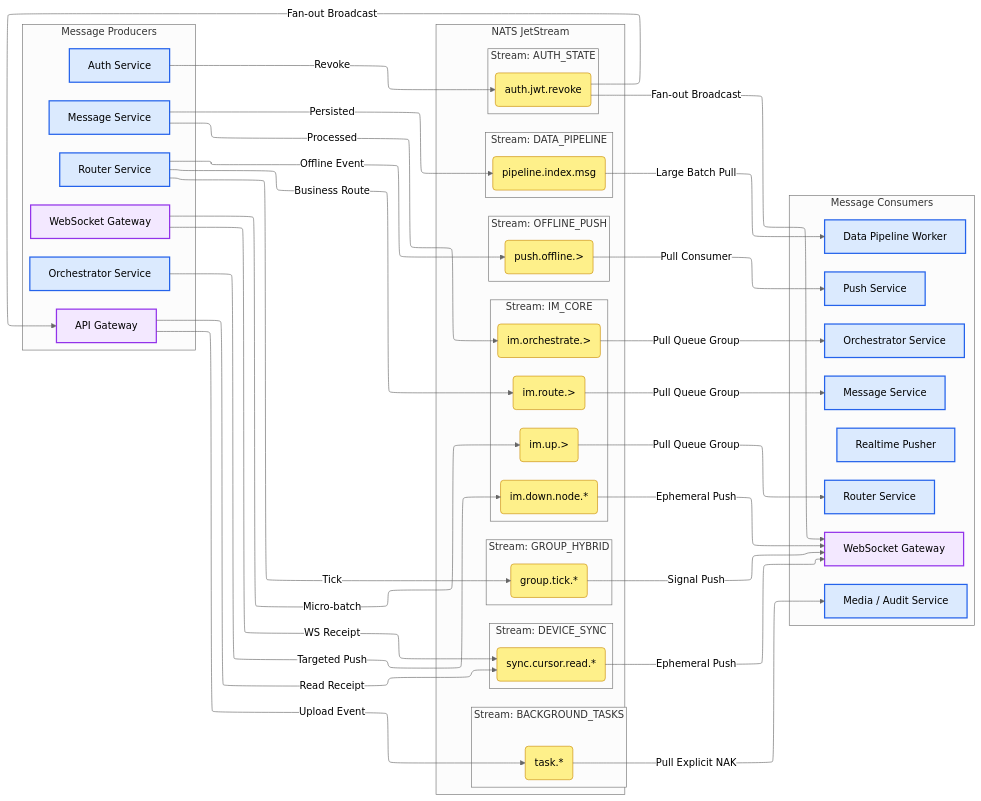
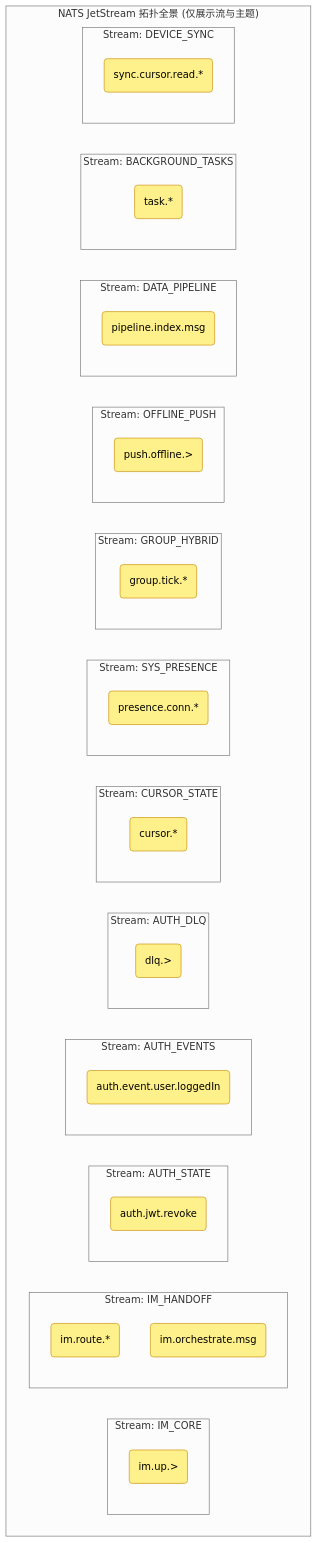
Before and after one commit to JamesWilson19970101/ocean.chat.docs: the first of 14 diagrams in i18n/zh-CN/docusaurus-plugin-content-docs/current/devdocs/jetstream-strategy.md, drawn with Mermaid (neutral theme). The commit also changed other lines of this file and 13 other files, not shown here.

First line of the commit message:
docs: add group message flow and cursor state architecture

````diff
--- a/i18n/zh-CN/docusaurus-plugin-content-docs/current/devdocs/jetstream-strategy.md
+++ b/i18n/zh-CN/docusaurus-plugin-content-docs/current/devdocs/jetstream-strategy.md
@@ -25,93 +25,45 @@
 ```mermaid
----
-config:
-  layout: elk
----
-flowchart LR
-    classDef gateway fill:#f3e8ff,stroke:#9333ea,stroke-width:2px,color:#000;
-    classDef service fill:#dbeafe,stroke:#2563eb,stroke-width:2px,color:#000;
+flowchart TB
     classDef stream fill:#dcfce7,stroke:#16a34a,stroke-width:2px,color:#000;
     classDef subject fill:#fef08a,stroke:#ca8a04,stroke-width:1px,color:#000;
 
-    %% Producers
-    subgraph Producers [Message Producers]
-        WSG_P[WebSocket Gateway]:::gateway
-        RS_P[Router Service]:::service
-        MS_P[Message Service]:::service
-        ORCH_P[Orchestrator Service]:::service
-        AS_P[Auth Service]:::service
-        API_P[API Gateway]:::gateway
-    end
-
-    %% JetStream Topology
-    subgraph JetStream [NATS JetStream]
-        subgraph S_CORE [Stream: IM_CORE]
-            UP(im.up.>):::subject
-            ROUTE(im.route.>):::subject
-            ORCH(im.orchestrate.>):::subject
-            DOWN(im.down.node.*):::subject
+    subgraph JetStream ["NATS JetStream 拓扑全景 (仅展示流与主题)"]
+        subgraph S_CORE ["Stream: IM_CORE"]
+            UP("im.up.>"):::subject
         end
-
-        subgraph S_HYBRID [Stream: GROUP_HYBRID]
-            TICK(group.tick.*):::subject
+        subgraph S_HANDOFF ["Stream: IM_HANDOFF"]
+            ROUTE("im.route.*"):::subject
+            ORCH("im.orchestrate.msg"):::subject
         end
-
-        subgraph S_PUSH [Stream: OFFLINE_PUSH]
-            PUSH(push.offline.>):::subject
+        subgraph S_AUTH ["Stream: AUTH_STATE"]
+            REVOKE("auth.jwt.revoke"):::subject
         end
-
-        subgraph S_AUTH [Stream: AUTH_STATE]
-            REVOKE(auth.jwt.revoke):::subject
+        subgraph S_AUTH_EVENTS ["Stream: AUTH_EVENTS"]
+            LOGGEDIN("auth.event.user.loggedIn"):::subject
         end
-
-        subgraph S_PIPE [Stream: DATA_PIPELINE]
-            INDEX(pipeline.index.msg):::subject
+        subgraph S_AUTH_DLQ ["Stream: AUTH_DLQ"]
+            DLQ("dlq.>"):::subject
         end
-
-        subgraph S_TASK [Stream: BACKGROUND_TASKS]
-            TASK(task.*):::subject
+        subgraph S_CURSOR ["Stream: CURSOR_STATE"]
+            CURSOR("cursor.*"):::subject
         end
-
-        subgraph S_SYNC [Stream: DEVICE_SYNC]
-            SYNC(sync.cursor.read.*):::subject
+        subgraph S_SYS ["Stream: SYS_PRESENCE"]
+            CONN("presence.conn.*"):::subject
+        end
+        subgraph S_HYBRID ["Stream: GROUP_HYBRID"]
+            TICK("group.tick.*"):::subject
+        end
+        subgraph S_PUSH ["Stream: OFFLINE_PUSH"]
+            PUSH("push.offline.>"):::subject
+        end
+        subgraph S_PIPE ["Stream: DATA_PIPELINE"]
+            INDEX("pipeline.index.msg"):::subject
+        end
+        subgraph S_TASK ["Stream: BACKGROUND_TASKS"]
+            TASK("task.*"):::subject
+        end
+        subgraph S_SYNC ["Stream: DEVICE_SYNC"]
+            SYNC("sync.cursor.read.*"):::subject
         end
     end
-
-    %% Consumers
-    subgraph Consumers [Message Consumers]
-        RS_C[Router Service]:::service
-        MS_C[Message Service]:::service
-        ORCH_C[Orchestrator Service]:::service
-        REAL_C[Realtime Pusher]:::service
-        WSG_C[WebSocket Gateway]:::gateway
-        PUSH_C[Push Service]:::service
-        DP_C[Data Pipeline Worker]:::service
-        MEDIA_C[Media / Audit Service]:::service
-    end
-
-    %% Production Flows
-    WSG_P -- Micro-batch --> UP
-    RS_P -- Business Route --> ROUTE
-    MS_P -- Processed --> ORCH
-    ORCH_P -- Targeted Push --> DOWN
-    RS_P -- Tick --> TICK
-    RS_P -- Offline Event --> PUSH
-    AS_P -- Revoke --> REVOKE
-    MS_P -- Persisted --> INDEX
-    API_P -- Upload Event --> TASK
-    API_P -- Read Receipt --> SYNC
-    WSG_P -- WS Receipt --> SYNC
-
-    %% Consumption Flows
-    UP -- Pull Queue Group --> RS_C
-    ROUTE -- Pull Queue Group --> MS_C
-    ORCH -- Pull Queue Group --> ORCH_C
-    DOWN -- Ephemeral Push --> WSG_C
-    REVOKE -- Fan-out Broadcast --> WSG_C
-    REVOKE -- Fan-out Broadcast --> API_P
-    TICK -- Signal Push --> WSG_C
-    PUSH -- Pull Consumer --> PUSH_C
-    INDEX -- Large Batch Pull --> DP_C
-    TASK -- Pull Explicit NAK --> MEDIA_C
-    SYNC -- Ephemeral Push --> WSG_C
 ```
````
